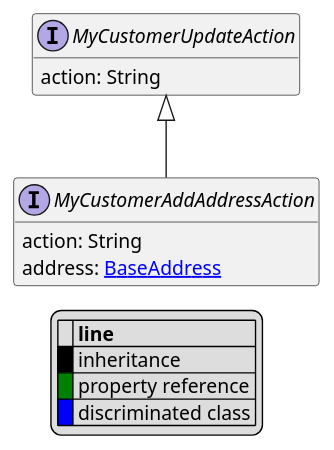
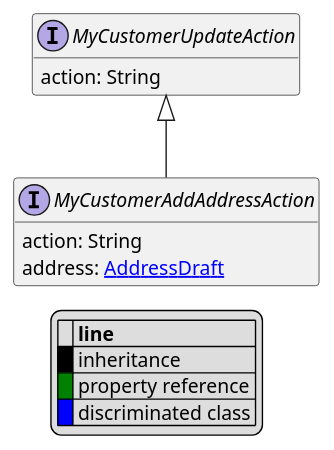
The diagram in uml/api/MyCustomerAddAddressAction.puml (commercetools/commercetools-api-reference), drawn with PlantUML before and after one commit. The commit also changed 204 other files, not shown here.

```diff
--- a/uml/api/MyCustomerAddAddressAction.puml
+++ b/uml/api/MyCustomerAddAddressAction.puml
@@ -1,23 +1,23 @@
 @startuml
 
 hide empty fields
 hide empty methods
 legend
 |= |= line |
 |<back:black>   </back>| inheritance |
 |<back:green>   </back>| property reference |
 |<back:blue>   </back>| discriminated class |
 endlegend
 interface MyCustomerAddAddressAction [[MyCustomerAddAddressAction.svg]] extends MyCustomerUpdateAction {
     action: String
-    address: [[BaseAddress.svg BaseAddress]]
+    address: [[AddressDraft.svg AddressDraft]]
 }
 interface MyCustomerUpdateAction [[MyCustomerUpdateAction.svg]]  {
     action: String
 }
 
 
 
 
 
 @enduml
```
